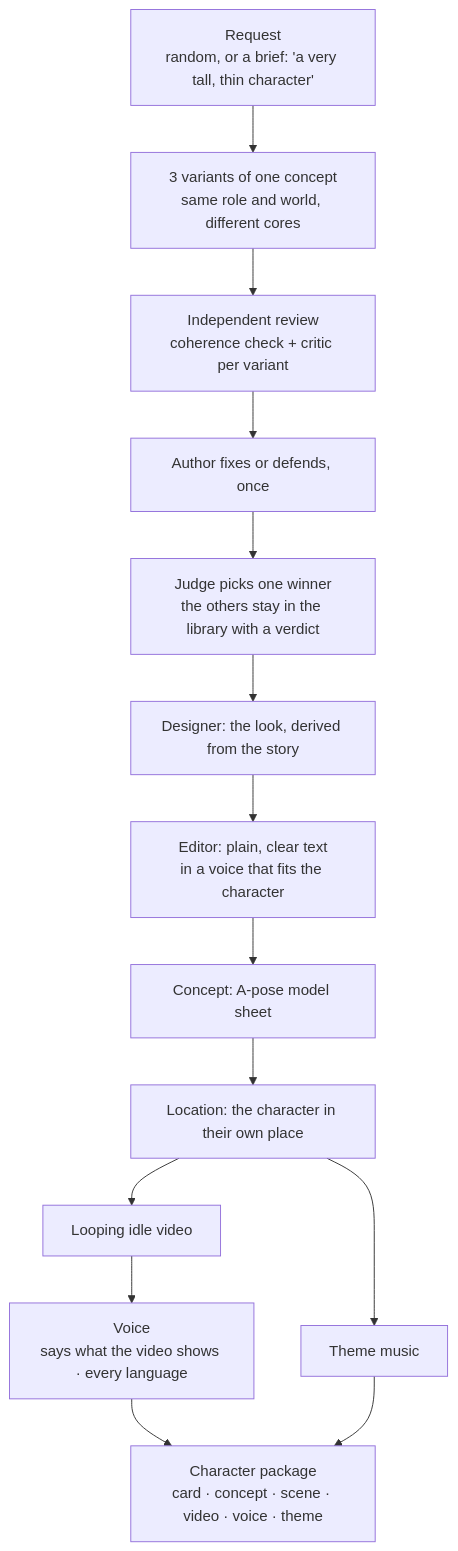
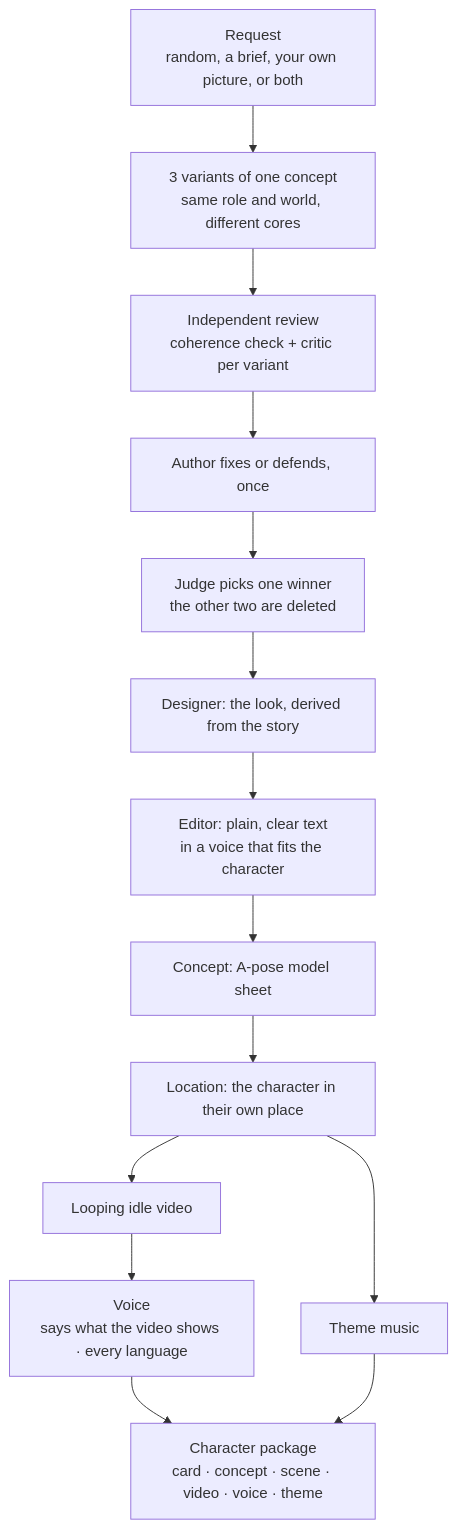
One commit to gdhub-io/character-forge-mcp changed the diagram in README.md. Above: the diagram before and after it, drawn with Mermaid. The commit also changed other lines of this file and 3 other files, not shown here.

````diff
--- a/README.md
+++ b/README.md
@@ -19,15 +22,15 @@
 ```mermaid
 flowchart TD
-    REQ["Request<br/>random, or a brief: 'a very tall, thin character'"] --> V["3 variants of one concept<br/>same role and world, different cores"]
+    REQ["Request<br/>random, a brief, your own picture, or both"] --> V["3 variants of one concept<br/>same role and world, different cores"]
     V --> R["Independent review<br/>coherence check + critic per variant"]
     R --> F["Author fixes or defends, once"]
-    F --> J["Judge picks one winner<br/>the others stay in the library with a verdict"]
+    F --> J["Judge picks one winner<br/>the other two are deleted"]
     J --> D["Designer: the look, derived from the story"]
     D --> E["Editor: plain, clear text<br/>in a voice that fits the character"]
     E --> C["Concept: A-pose model sheet"]
     C --> S["Location: the character in their own place"]
     S --> VID["Looping idle video"]
     VID --> VO["Voice<br/>says what the video shows · every language"]
     S --> M["Theme music"]
     VO & M --> P["Character package<br/>card · concept · scene · video · voice · theme"]
 ```
````
